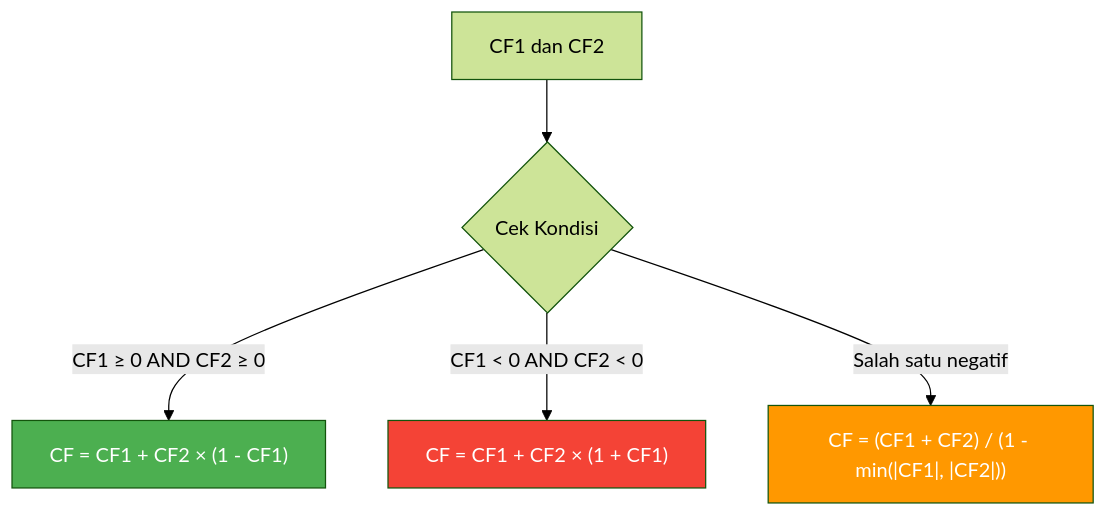
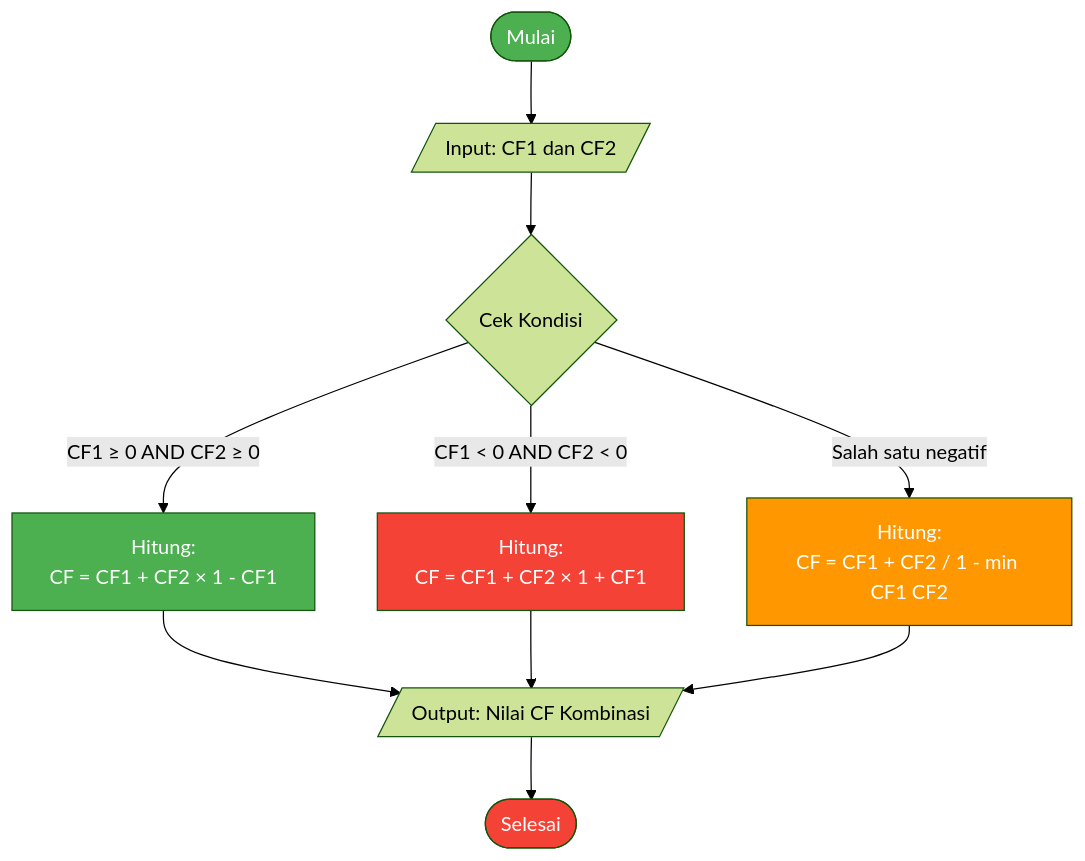
Before and after one commit to GalangPutraMaulana19/DigNet-BUG: diagram 11 of 11 in docs/USER_MANUAL.md, drawn with Mermaid (forest theme). The commit also changed other lines of this file, not shown here.

Commit message:
Fix flowchart symbols to use standard shapes (parallelogram for I/O, stadium for terminator, etc.)

````diff
--- a/docs/USER_MANUAL.md
+++ b/docs/USER_MANUAL.md
@@ -505,12 +536,20 @@
 ```mermaid
 flowchart TD
-    Input["CF1 dan CF2"] --> Check{Cek Kondisi}
+    Start([Mulai]) --> Input[/Input: CF1 dan CF2/]
+    Input --> Check{Cek Kondisi}
     
-    Check -->|"CF1 ≥ 0 AND CF2 ≥ 0"| Positive["CF = CF1 + CF2 × (1 - CF1)"]
-    Check -->|"CF1 < 0 AND CF2 < 0"| Negative["CF = CF1 + CF2 × (1 + CF1)"]
-    Check -->|"Salah satu negatif"| Mixed["CF = (CF1 + CF2) / (1 - min(|CF1|, |CF2|))"]
+    Check -->|"CF1 ≥ 0 AND CF2 ≥ 0"| Positive[Hitung:<br/>CF = CF1 + CF2 × 1 - CF1]
+    Check -->|"CF1 < 0 AND CF2 < 0"| Negative[Hitung:<br/>CF = CF1 + CF2 × 1 + CF1]
+    Check -->|"Salah satu negatif"| Mixed[Hitung:<br/>CF = CF1 + CF2 / 1 - min CF1 CF2]
     
+    Positive --> Output[/Output: Nilai CF Kombinasi/]
+    Negative --> Output
+    Mixed --> Output
+    Output --> End([Selesai])
+    
+    style Start fill:#4caf50,color:#fff
+    style End fill:#f44336,color:#fff
     style Positive fill:#4caf50,color:#fff
     style Negative fill:#f44336,color:#fff
     style Mixed fill:#ff9800,color:#fff
 ```
````
